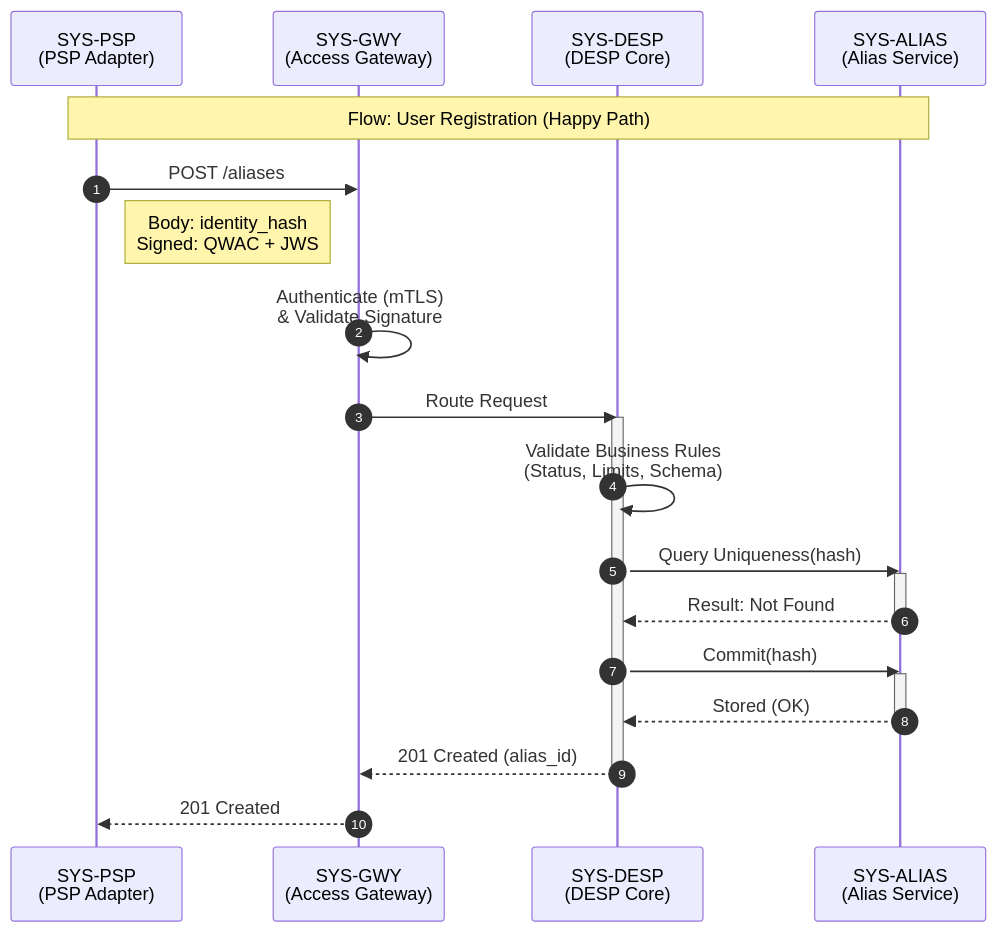
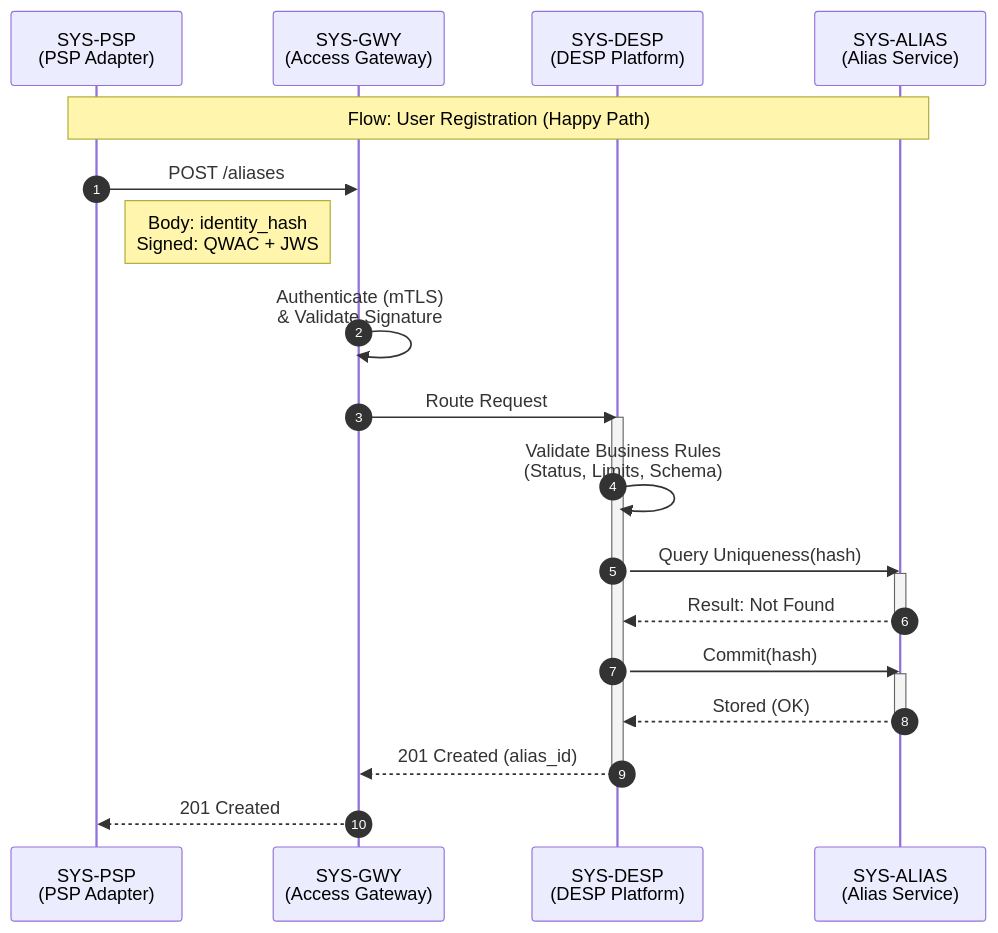
The first of 2 diagrams in 40-specifications/onboarding/onboarding-interfaces-spec.md (nnworkspace/elan), drawn with Mermaid before and after one commit. The commit also changed other lines of this file and 12 other files, not shown here.

````diff
--- a/40-specifications/onboarding/onboarding-interfaces-spec.md
+++ b/40-specifications/onboarding/onboarding-interfaces-spec.md
@@ -54,46 +54,46 @@
 ```mermaid
 sequenceDiagram
     autonumber
     
     participant PSP as SYS-PSP<br/>(PSP Adapter)
     participant GWY as SYS-GWY<br/>(Access Gateway)
-    participant DESP as SYS-DESP<br/>(DESP Core)
+    participant DESP as SYS-DESP<br/>(DESP Platform)
     participant ALIAS as SYS-ALIAS<br/>(Alias Service)
 
     Note over PSP, ALIAS: Flow: User Registration (Happy Path)
 
     %% STEP-REG-01
     PSP->>GWY: POST /aliases
     Note right of PSP: Body: identity_hash<br/>Signed: QWAC + JWS
 
     %% STEP-REG-02
     GWY->>GWY: Authenticate (mTLS)<br/>& Validate Signature
 
     %% STEP-REG-03
     GWY->>DESP: Route Request
     activate DESP
 
     %% STEP-REG-04
     DESP->>DESP: Validate Business Rules<br/>(Status, Limits, Schema)
 
     %% STEP-REG-05
     DESP->>ALIAS: Query Uniqueness(hash)
     activate ALIAS
 
     %% STEP-REG-06
     ALIAS-->>DESP: Result: Not Found
     deactivate ALIAS
 
     %% STEP-REG-07
     DESP->>ALIAS: Commit(hash)
     activate ALIAS
     ALIAS-->>DESP: Stored (OK)
     deactivate ALIAS
 
     %% STEP-REG-08
     DESP-->>GWY: 201 Created (alias_id)
     deactivate DESP
 
     %% STEP-REG-09
     GWY-->>PSP: 201 Created
 ```
````
